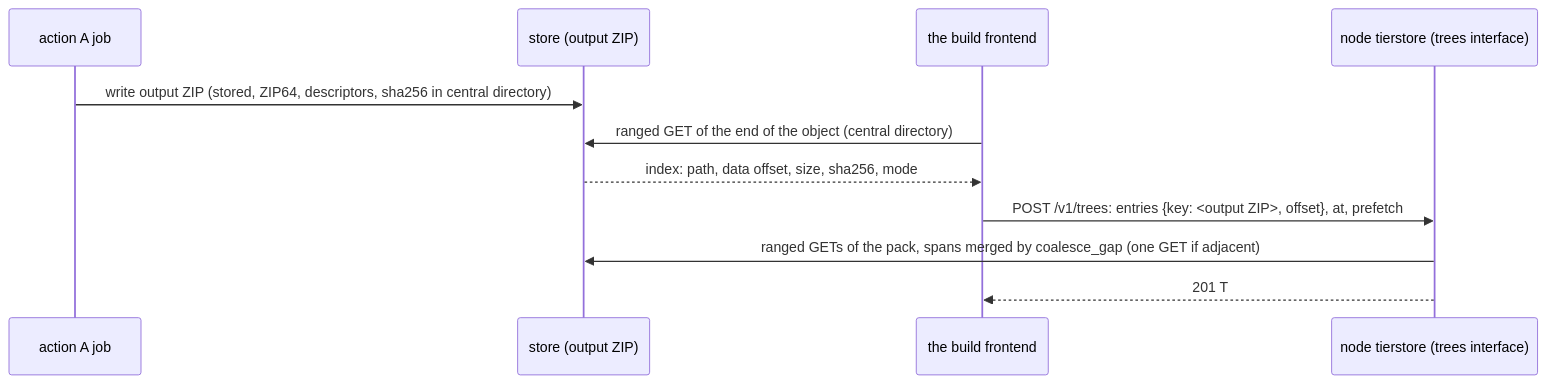
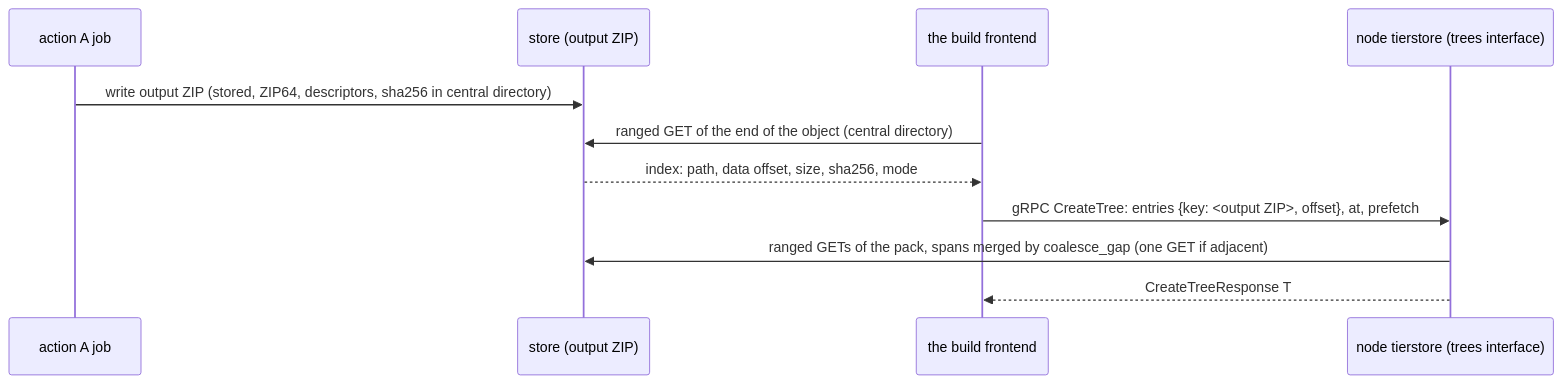
Before and after one commit to komira-ai/tierstore: the third of 3 diagrams in docs/design/node-local-trees.md, drawn with Mermaid. The commit also changed other lines of this file, not shown here.

First line of the commit message:
Node-local trees design: the trees API is gRPC with its types in proto, TLS optional, default port 9301

````diff
--- a/docs/design/node-local-trees.md
+++ b/docs/design/node-local-trees.md
@@ -592,13 +691,13 @@
 ```mermaid
 sequenceDiagram
     participant A as action A job
     participant S as store (output ZIP)
     participant K as the build frontend
     participant N as node tierstore (trees interface)
     A->>S: write output ZIP (stored, ZIP64, descriptors, sha256 in central directory)
     K->>S: ranged GET of the end of the object (central directory)
     S-->>K: index: path, data offset, size, sha256, mode
-    K->>N: POST /v1/trees: entries {key: <output ZIP>, offset}, at, prefetch
+    K->>N: gRPC CreateTree: entries {key: <output ZIP>, offset}, at, prefetch
     N->>S: ranged GETs of the pack, spans merged by coalesce_gap (one GET if adjacent)
-    N-->>K: 201 T
+    N-->>K: CreateTreeResponse T
 ```
````
